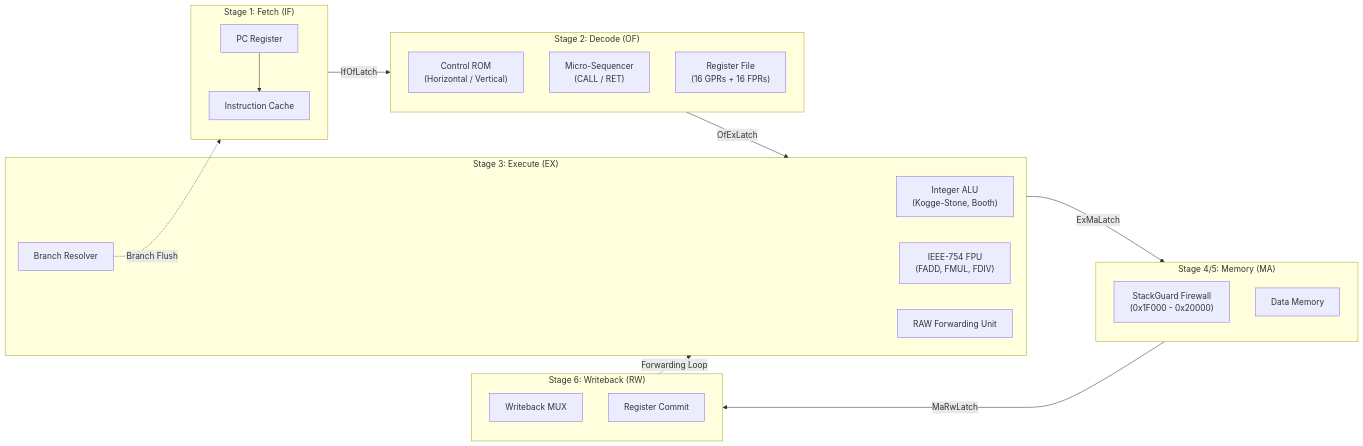
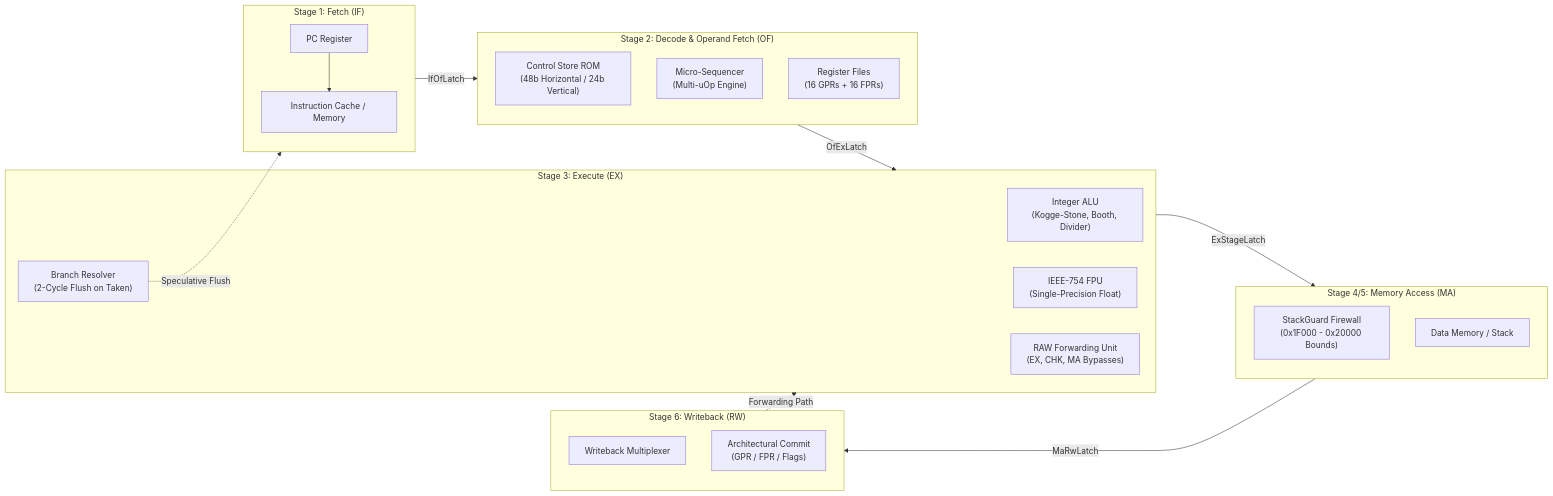
Before and after one commit to garv-iitr/Monolith: the first of 2 diagrams in README.md, drawn with Mermaid. The commit also changed other lines of this file and 7 other files, not shown here.

````diff
--- a/README.md
+++ b/README.md
@@ -9,36 +11,36 @@
 ```mermaid
 graph LR
     subgraph IF [" Stage 1: Fetch (IF) "]
-        PC["PC Register"] --> IMEM["Instruction Cache"]
+        PC["PC Register"] --> IMEM["Instruction Cache / Memory"]
     end
 
-    subgraph OF [" Stage 2: Decode (OF) "]
-        ROM["Control ROM<br/>(Horizontal / Vertical)"]
-        SEQ["Micro-Sequencer<br/>(CALL / RET)"]
-        RF["Register File<br/>(16 GPRs + 16 FPRs)"]
+    subgraph OF [" Stage 2: Decode & Operand Fetch (OF) "]
+        ROM["Control Store ROM<br/>(48b Horizontal / 24b Vertical)"]
+        SEQ["Micro-Sequencer<br/>(Multi-uOp Engine)"]
+        RF["Register Files<br/>(16 GPRs + 16 FPRs)"]
     end
 
     subgraph EX [" Stage 3: Execute (EX) "]
-        ALU["Integer ALU<br/>(Kogge-Stone, Booth)"]
-        FPU["IEEE-754 FPU<br/>(FADD, FMUL, FDIV)"]
-        FWD["RAW Forwarding Unit"]
-        BR["Branch Resolver"]
+        ALU["Integer ALU<br/>(Kogge-Stone, Booth, Divider)"]
+        FPU["IEEE-754 FPU<br/>(Single-Precision Float)"]
+        FWD["RAW Forwarding Unit<br/>(EX, CHK, MA Bypasses)"]
+        BR["Branch Resolver<br/>(2-Cycle Flush on Taken)"]
     end
 
-    subgraph MEM [" Stage 4/5: Memory (MA) "]
-        CHK["StackGuard Firewall<br/>(0x1F000 - 0x20000)"]
-        DMEM["Data Memory"]
+    subgraph MEM [" Stage 4/5: Memory Access (MA) "]
+        CHK["StackGuard Firewall<br/>(0x1F000 - 0x20000 Bounds)"]
+        DMEM["Data Memory / Stack"]
     end
 
     subgraph WB [" Stage 6: Writeback (RW) "]
-        MUX["Writeback MUX"]
-        COMMIT["Register Commit"]
+        MUX["Writeback Multiplexer"]
+        COMMIT["Architectural Commit<br/>(GPR / FPR / Flags)"]
     end
 
     IF -->|"IfOfLatch"| OF
     OF -->|"OfExLatch"| EX
-    EX -->|"ExMaLatch"| MEM
+    EX -->|"ExStageLatch"| MEM
     MEM -->|"MaRwLatch"| WB
-    WB -.->|"Forwarding Loop"| EX
-    BR -.->|"Branch Flush"| IF
+    WB -.->|"Forwarding Path"| EX
+    BR -.->|"Speculative Flush"| IF
 ```
````
